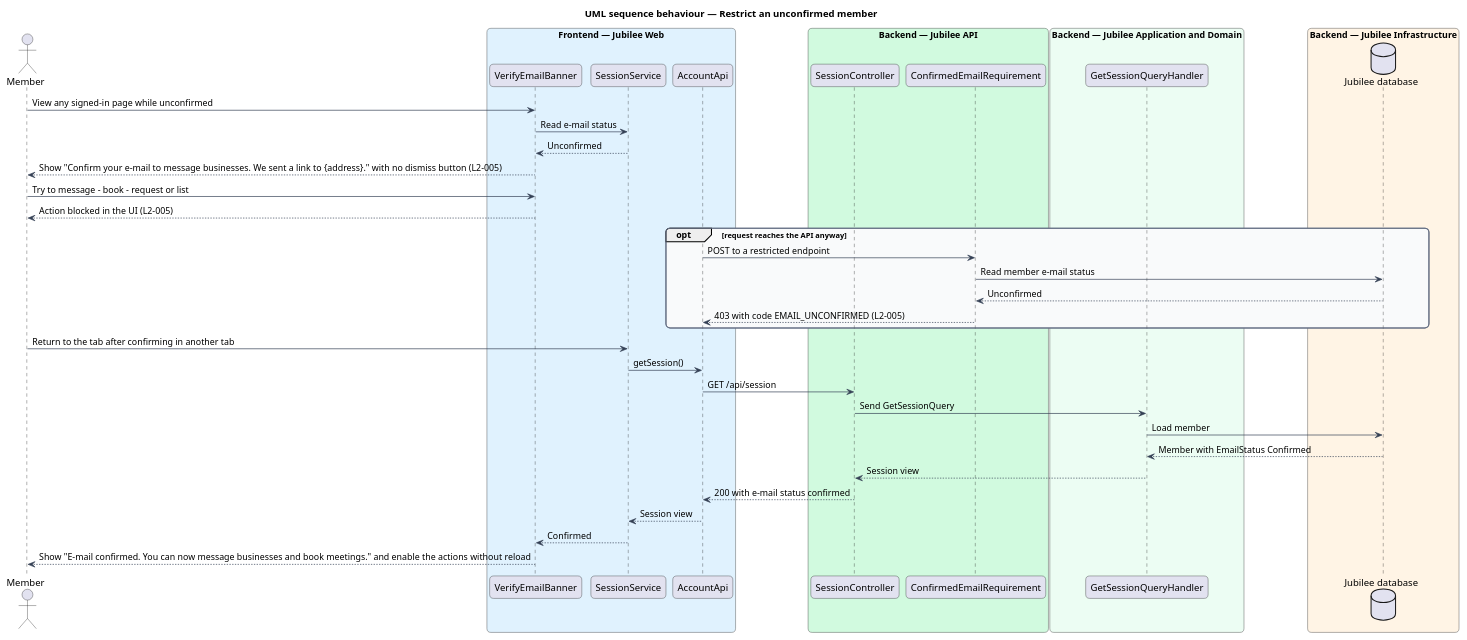
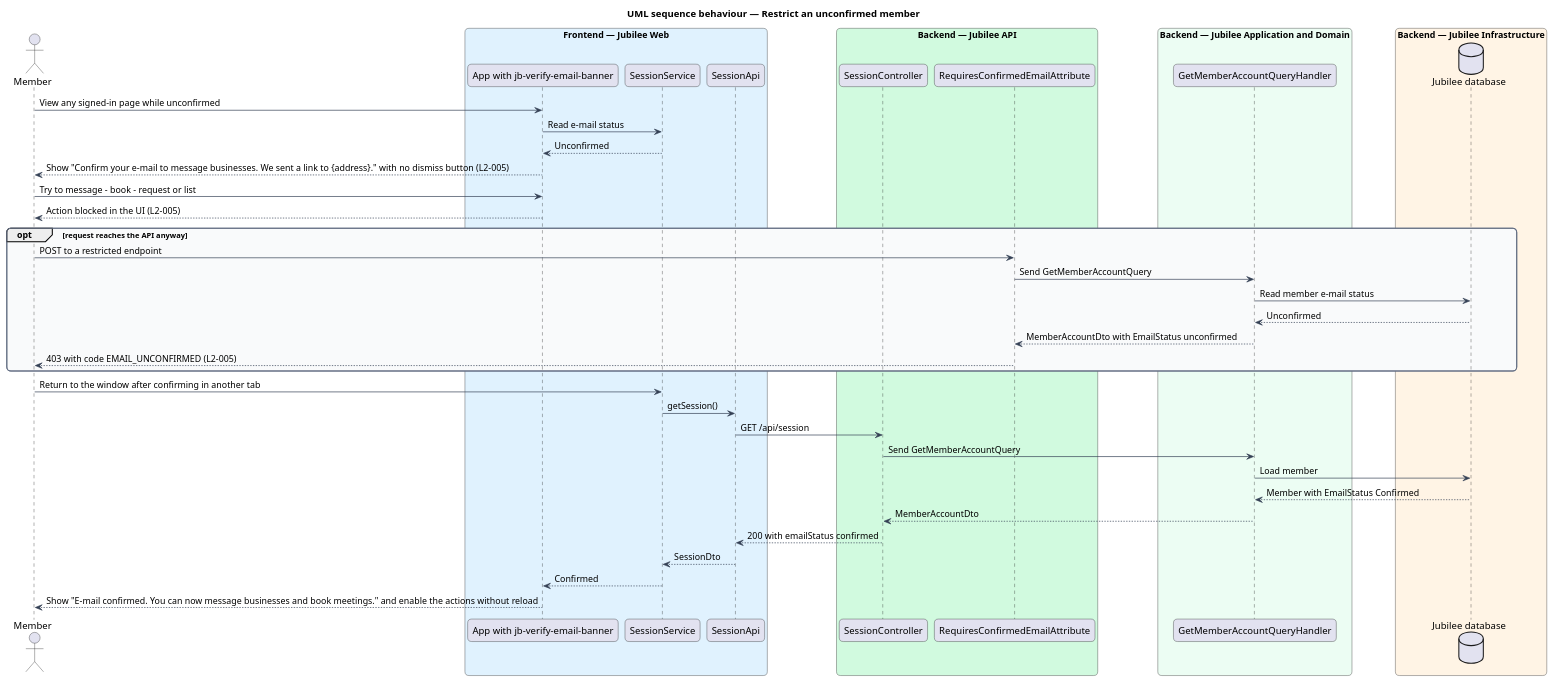
One commit to QuinntyneBrown/jubilee changed the diagram in docs/detailed-designs/accounts/confirm-email/diagrams/sequence-unconfirmed-restriction.puml. Above: the diagram before and after it, drawn with PlantUML. The commit also changed 40 other files, not shown here.

First line of the commit message:
Bring the join, confirm e-mail and Google designs in line with the code

```diff
--- a/docs/detailed-designs/accounts/confirm-email/diagrams/sequence-unconfirmed-restriction.puml
+++ b/docs/detailed-designs/accounts/confirm-email/diagrams/sequence-unconfirmed-restriction.puml
@@ -1,57 +1,59 @@
 @startuml
 title UML sequence behaviour — Restrict an unconfirmed member
 skinparam backgroundColor #FFFFFF
 skinparam shadowing false
 skinparam roundcorner 12
 skinparam defaultFontName Arial
 skinparam ArrowColor #344054
 skinparam rectangle {
   BorderColor #344054
   FontColor #101828
 }
 skinparam package {
   BorderColor #667085
   FontColor #101828
   BackgroundColor #F9FAFB
 }
 actor "Member" as actor
 box "Frontend — Jubilee Web" #E0F2FE
-  participant "VerifyEmailBanner" as banner
+  participant "App with jb-verify-email-banner" as banner
   participant "SessionService" as session
-  participant "AccountApi" as client
+  participant "SessionApi" as client
 end box
 box "Backend — Jubilee API" #D1FADF
   participant "SessionController" as controller
-  participant "ConfirmedEmailRequirement" as policy
+  participant "RequiresConfirmedEmailAttribute" as policy
 end box
 box "Backend — Jubilee Application and Domain" #ECFDF3
-  participant "GetSessionQueryHandler" as handler
+  participant "GetMemberAccountQueryHandler" as handler
 end box
 box "Backend — Jubilee Infrastructure" #FFF4E5
   database "Jubilee database" as db
 end box
 
 actor -> banner : View any signed-in page while unconfirmed
 banner -> session : Read e-mail status
 session --> banner : Unconfirmed
 banner --> actor : Show "Confirm your e-mail to message businesses. We sent a link to {address}." with no dismiss button (L2-005)
 actor -> banner : Try to message - book - request or list
 banner --> actor : Action blocked in the UI (L2-005)
 opt request reaches the API anyway
-  client -> policy : POST to a restricted endpoint
-  policy -> db : Read member e-mail status
-  db --> policy : Unconfirmed
-  policy --> client : 403 with code EMAIL_UNCONFIRMED (L2-005)
+  actor -> policy : POST to a restricted endpoint
+  policy -> handler : Send GetMemberAccountQuery
+  handler -> db : Read member e-mail status
+  db --> handler : Unconfirmed
+  handler --> policy : MemberAccountDto with EmailStatus unconfirmed
+  policy --> actor : 403 with code EMAIL_UNCONFIRMED (L2-005)
 end
-actor -> session : Return to the tab after confirming in another tab
+actor -> session : Return to the window after confirming in another tab
 session -> client : getSession()
 client -> controller : GET /api/session
-controller -> handler : Send GetSessionQuery
+controller -> handler : Send GetMemberAccountQuery
 handler -> db : Load member
 db --> handler : Member with EmailStatus Confirmed
-handler --> controller : Session view
-controller --> client : 200 with e-mail status confirmed
-client --> session : Session view
+handler --> controller : MemberAccountDto
+controller --> client : 200 with emailStatus confirmed
+client --> session : SessionDto
 session --> banner : Confirmed
 banner --> actor : Show "E-mail confirmed. You can now message businesses and book meetings." and enable the actions without reload
 @enduml
```
